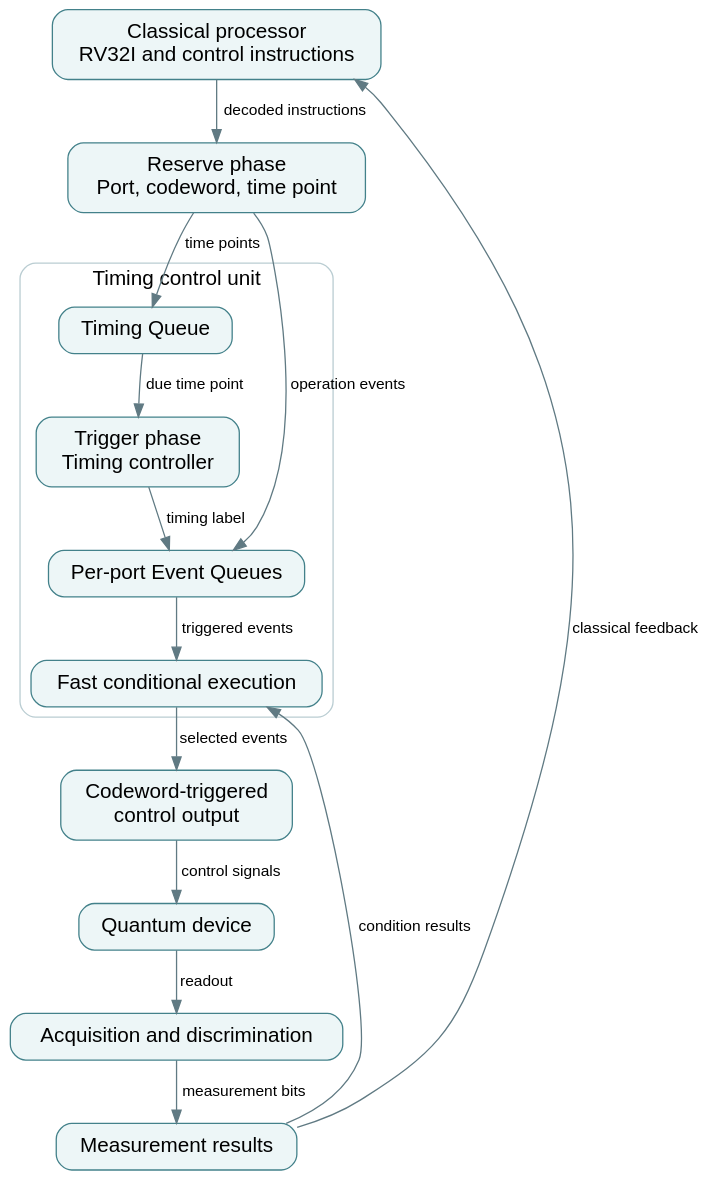
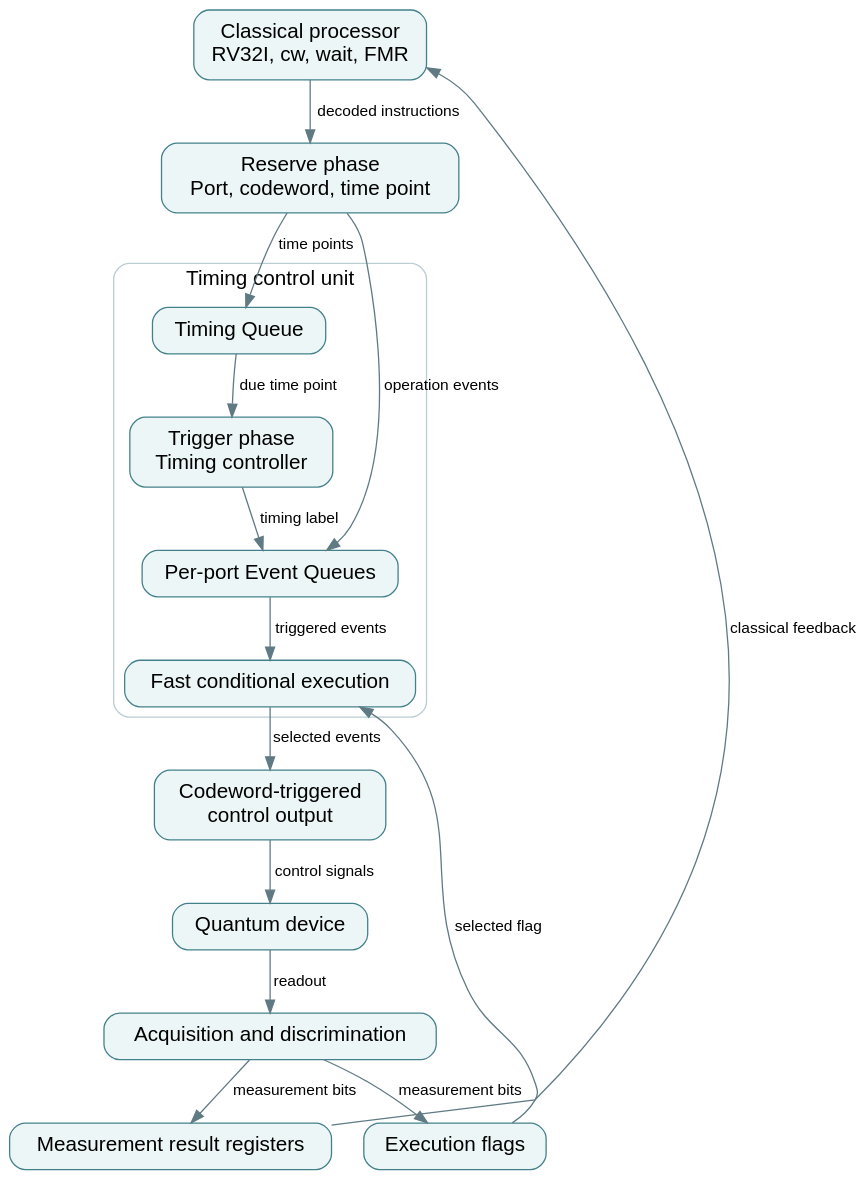
One commit to qsbit-org/qsbit-sim changed the diagram in docs/architecture.dot. Above: the diagram before and after it, drawn with Graphviz. The commit also changed 92 other files, not shown here.

Commit message:
refactor: adopt codeword instructions and per-qubit feedback registers

```diff
--- a/docs/architecture.dot
+++ b/docs/architecture.dot
@@ -1,30 +1,32 @@
 digraph architecture {
   graph [rankdir=TB, bgcolor="transparent", pad=0.2, nodesep=0.35, ranksep=0.5];
   node [shape=box, style="rounded,filled", fillcolor="#edf6f7", color="#43818a", fontname="sans-serif", fontsize=16, margin="0.18,0.12", target="_top"];
   edge [color="#607a83", fontname="sans-serif", fontsize=12];
-  cpu [label="Classical processor\nRV32I and control instructions", href="modules/cpu-cycle-model.html"];
+  cpu [label="Classical processor\nRV32I, cw, wait, FMR", href="modules/cpu-cycle-model.html"];
   reserve [label="Reserve phase\nPort, codeword, time point", href="modules/reserve-phase.html"];
   subgraph cluster_tcu {
     label="Timing control unit"; color="#bacdd2"; style="rounded"; fontname="sans-serif"; fontsize=16;
     timing [label="Timing Queue", href="modules/timing-queue.html"];
     events [label="Per-port Event Queues", href="modules/per-port-event-queues.html"];
     trigger [label="Trigger phase\nTiming controller", href="modules/timing-controller.html"];
     conditional [label="Fast conditional execution", href="modules/conditional-execution.html"];
   }
   output [label="Codeword-triggered\ncontrol output", href="modules/control-output.html"];
   device [label="Quantum device", href="modules/quantum-device-model.html"];
   measurement [label="Acquisition and discrimination", href="modules/acquisition-and-discrimination.html"];
-  results [label="Measurement results", href="modules/measurement-results.html"];
+  results [label="Measurement result registers", href="modules/measurement-registers.html"];
+  flags [label="Execution flags", href="modules/execution-flags.html"];
   cpu -> reserve [label="decoded instructions"];
   reserve -> timing [label="time points"];
   reserve -> events [label="operation events"];
   timing -> trigger [label="due time point"];
   trigger -> events [label="timing label"];
   events -> conditional [label="triggered events"];
   conditional -> output [label="selected events"];
   output -> device [label="control signals"];
   device -> measurement [label="readout"];
   measurement -> results [label="measurement bits"];
   results -> cpu [label="classical feedback", constraint=false];
-  results -> conditional [label="condition results", constraint=false];
+  measurement -> flags [label="measurement bits"];
+  flags -> conditional [label="selected flag", constraint=false];
 }
```
